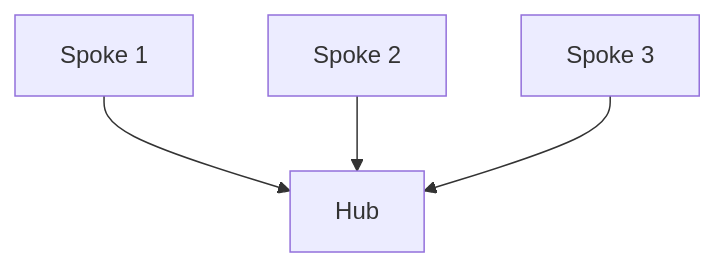
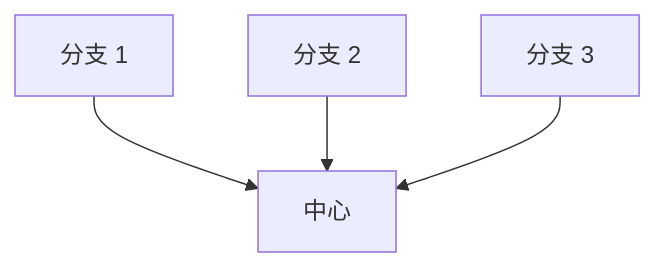
Before and after one commit to liu-qingyuan/skills-sync-lqy: the third of 3 diagrams in skills/lqy-curated/mermaid-visualizer/SKILL.md, drawn with Mermaid. The commit also changed other lines of this file and 1 other file, not shown here.

Commit message:
feat(mermaid-visualizer): localize skill to Chinese

````diff
--- a/skills/lqy-curated/mermaid-visualizer/SKILL.md
+++ b/skills/lqy-curated/mermaid-visualizer/SKILL.md
@@ -252,7 +282,7 @@
 ```mermaid
 graph TB
-    Central[Hub]
-    A[Spoke 1] --> Central
-    B[Spoke 2] --> Central
-    C[Spoke 3] --> Central
+    Central[中心]
+    A[分支 1] --> Central
+    B[分支 2] --> Central
+    C[分支 3] --> Central
 ```
````
